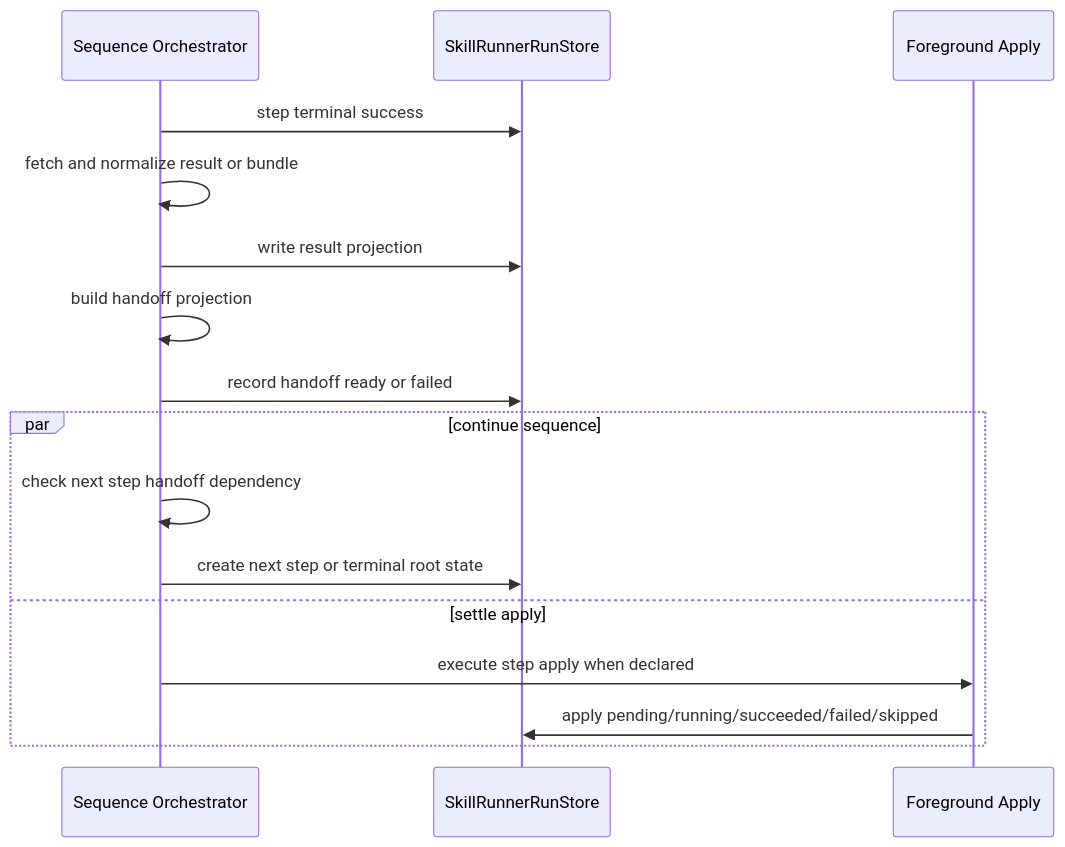
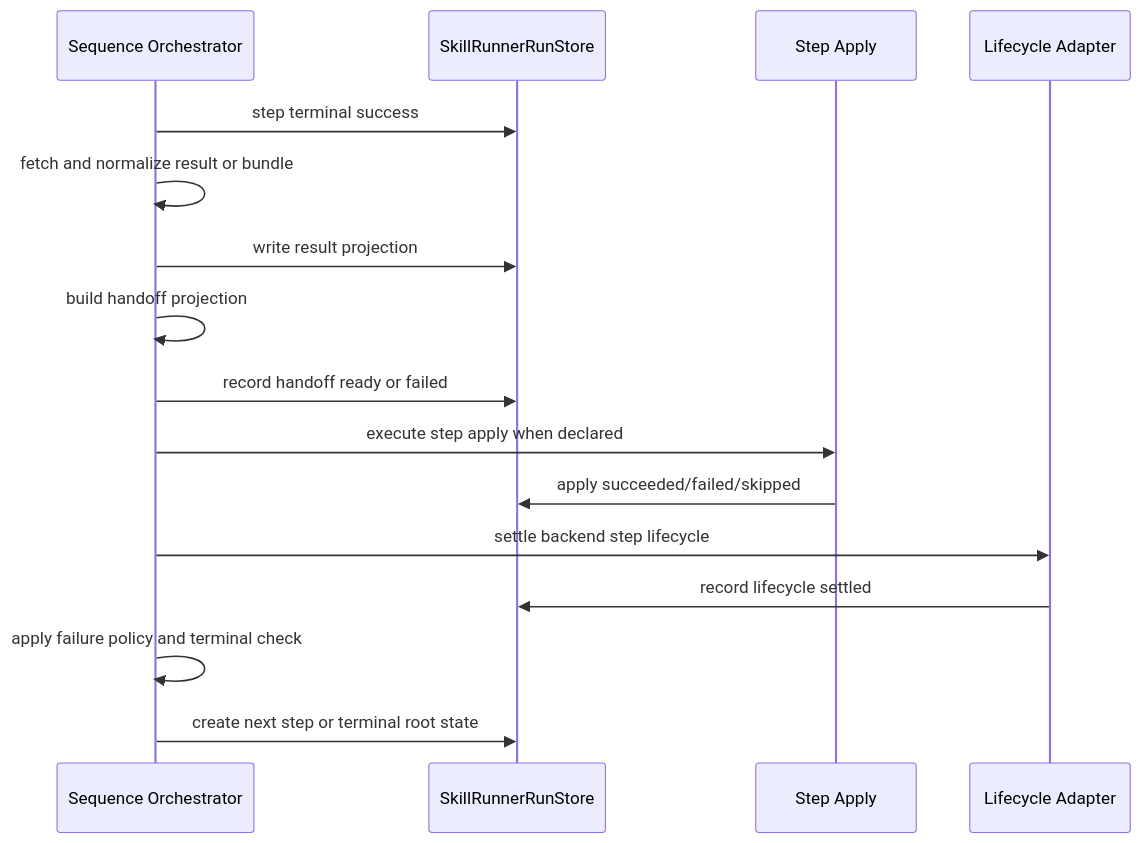
Before and after one commit to leike0813/zotero-agents: the third of 3 diagrams in doc/skillrunner-sequence-recovery-state-machine.md, drawn with Mermaid. The commit also changed other lines of this file and 26 other files, not shown here.

Commit message:
refactor: deepen sequence continuation runtime

````diff
--- a/doc/skillrunner-sequence-recovery-state-machine.md
+++ b/doc/skillrunner-sequence-recovery-state-machine.md
@@ -89,20 +98,19 @@
 ```mermaid
 sequenceDiagram
   participant Seq as Sequence Orchestrator
   participant Store as SkillRunnerRunStore
-  participant Apply as Foreground Apply
+  participant Apply as Step Apply
+  participant Life as Lifecycle Adapter
 
   Seq->>Store: step terminal success
   Seq->>Seq: fetch and normalize result or bundle
   Seq->>Store: write result projection
   Seq->>Seq: build handoff projection
   Seq->>Store: record handoff ready or failed
-
-  par continue sequence
-    Seq->>Seq: check next step handoff dependency
-    Seq->>Store: create next step or terminal root state
-  and settle apply
-    Seq->>Apply: execute step apply when declared
-    Apply->>Store: apply pending/running/succeeded/failed/skipped
-  end
+  Seq->>Apply: execute step apply when declared
+  Apply->>Store: apply succeeded/failed/skipped
+  Seq->>Life: settle backend step lifecycle
+  Life->>Store: record lifecycle settled
+  Seq->>Seq: apply failure policy and terminal check
+  Seq->>Store: create next step or terminal root state
 ```
````
